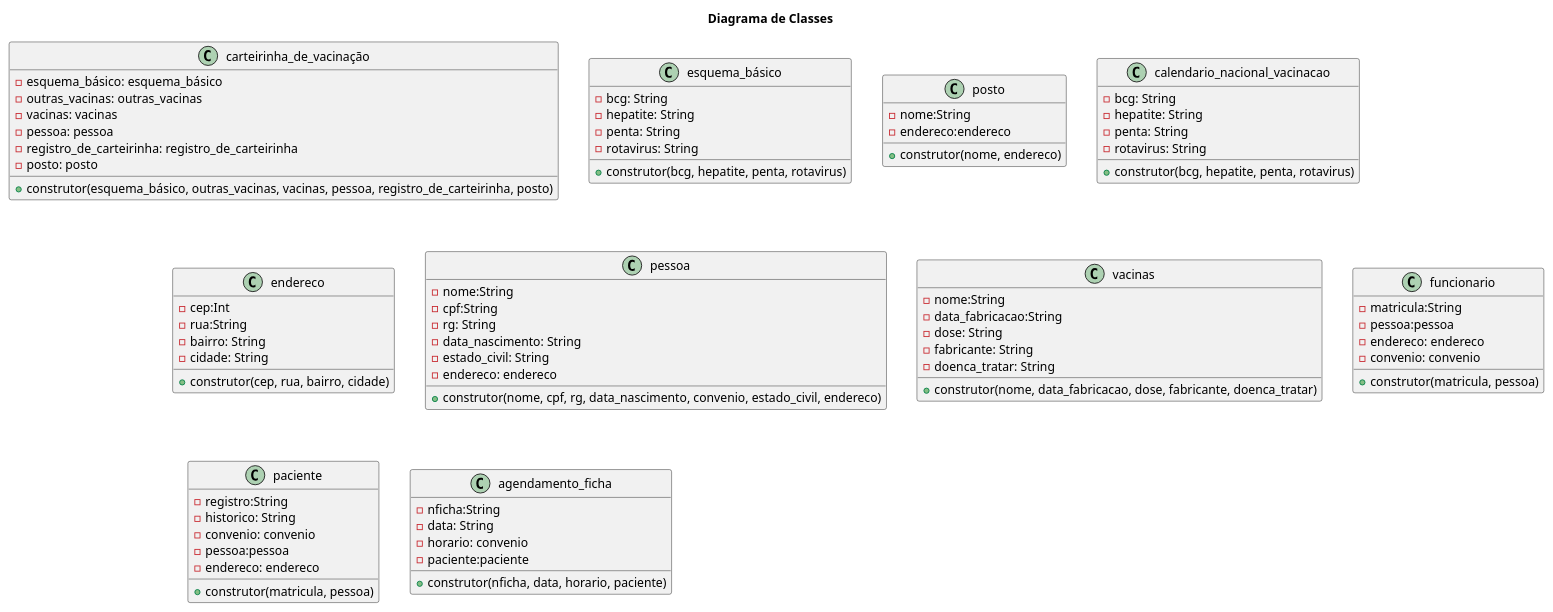
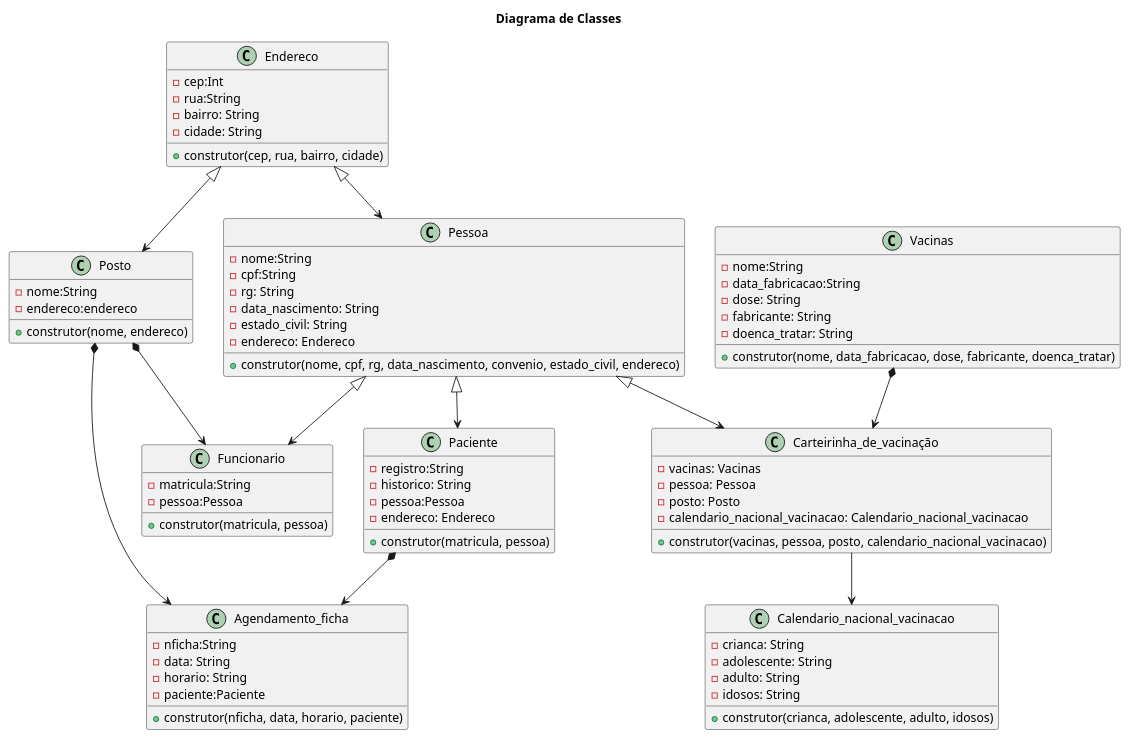
The diagram in @startuml herenca composicao.plantUML (anleaes/2022-1-N2-POO-04), drawn with PlantUML before and after one commit.

Commit message:
iniciado os relacionamentos e otimizado o diagrama

```diff
--- a/@startuml herenca composicao.plantUML
+++ b/@startuml herenca composicao.plantUML
@@ -1,94 +1,93 @@
 @startuml herenca composicao
 
 title Diagrama de Classes
 
-class carteirinha_de_vacinação{
-    - esquema_básico: esquema_básico
-    - outras_vacinas: outras_vacinas
-    - vacinas: vacinas
-    - pessoa: pessoa
-    - registro_de_carteirinha: registro_de_carteirinha
-    - posto: posto
-    + construtor(esquema_básico, outras_vacinas, vacinas, pessoa, registro_de_carteirinha, posto)
+class Carteirinha_de_vacinação{
+    - vacinas: Vacinas
+    - pessoa: Pessoa
+    - posto: Posto
+    - calendario_nacional_vacinacao: Calendario_nacional_vacinacao
+    + construtor(vacinas, pessoa, posto, calendario_nacional_vacinacao)
 } 
+ 
 
-
-class esquema_básico{
-    - bcg: String
-    - hepatite: String
-    - penta: String
-    - rotavirus: String
-    + construtor(bcg, hepatite, penta, rotavirus)
-} 
-
-class posto{
+class Posto{
     - nome:String
     - endereco:endereco
     + construtor(nome, endereco)
 
 }
 
-class calendario_nacional_vacinacao{
-    - bcg: String
-    - hepatite: String
-    - penta: String
-    - rotavirus: String
-    + construtor(bcg, hepatite, penta, rotavirus)
+class Calendario_nacional_vacinacao{
+    - crianca: String
+    - adolescente: String
+    - adulto: String
+    - idosos: String
+    + construtor(crianca, adolescente, adulto, idosos)
 } 
 
 
 
-class endereco{
+class Endereco{
     - cep:Int
     - rua:String
     - bairro: String
     - cidade: String
     + construtor(cep, rua, bairro, cidade)
 }
 
-class pessoa{
+class Pessoa{
     - nome:String
     - cpf:String
     - rg: String
     - data_nascimento: String
     - estado_civil: String
-    - endereco: endereco
+    - endereco: Endereco
     + construtor(nome, cpf, rg, data_nascimento, convenio, estado_civil, endereco)
 }
-class vacinas{
+class Vacinas{
     - nome:String
     - data_fabricacao:String
     - dose: String
     - fabricante: String
     - doenca_tratar: String
     + construtor(nome, data_fabricacao, dose, fabricante, doenca_tratar)
 }
 
-class funcionario{
+class Funcionario{
     - matricula:String
-    - pessoa:pessoa
-    - endereco: endereco
-    - convenio: convenio
+    - pessoa:Pessoa
     + construtor(matricula, pessoa)
 
 }
 
-class paciente{
+class Paciente{
     - registro:String
     - historico: String
-    - convenio: convenio
-    - pessoa:pessoa
-    - endereco: endereco
+    - pessoa:Pessoa
+    - endereco: Endereco
     + construtor(matricula, pessoa)
     }
 
-class agendamento_ficha{
+class Agendamento_ficha{
     - nficha:String
     - data: String
-    - horario: convenio
-    - paciente:paciente
+    - horario: String
+    - paciente:Paciente
     + construtor(nficha, data, horario, paciente)
     }
 
+Pessoa <|--> Paciente
+Pessoa <|--> Funcionario
+Endereco <|--> Pessoa
+Endereco <|--> Posto
+Carteirinha_de_vacinação --> Calendario_nacional_vacinacao
+Pessoa <|--> Carteirinha_de_vacinação 
+
+Posto *--> Funcionario
+Posto *--> Agendamento_ficha
+Vacinas *--> Carteirinha_de_vacinação
+Paciente *--> Agendamento_ficha
+
 
 @enduml 
```
